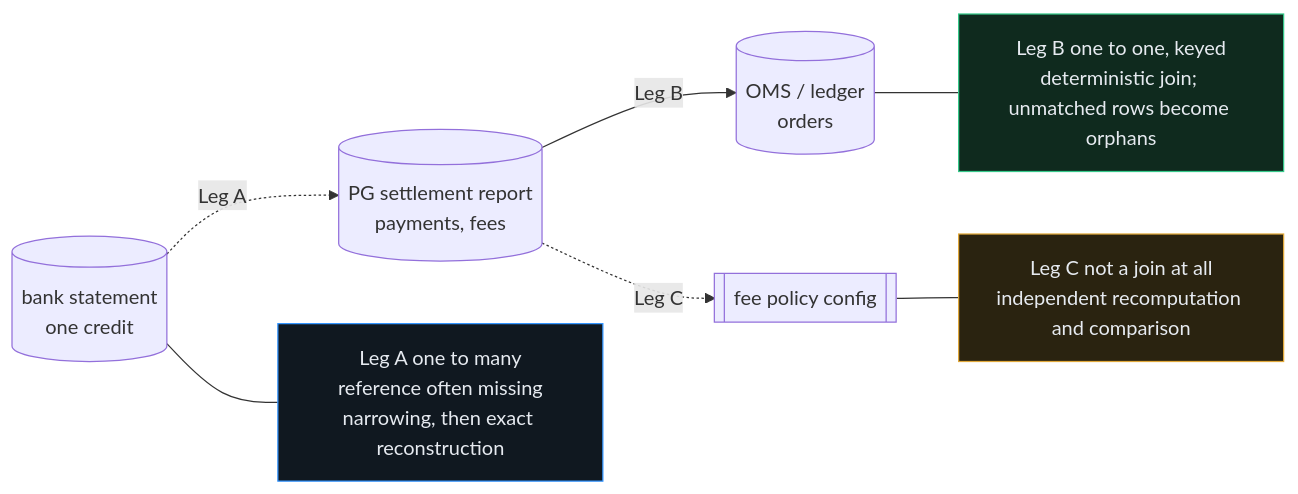
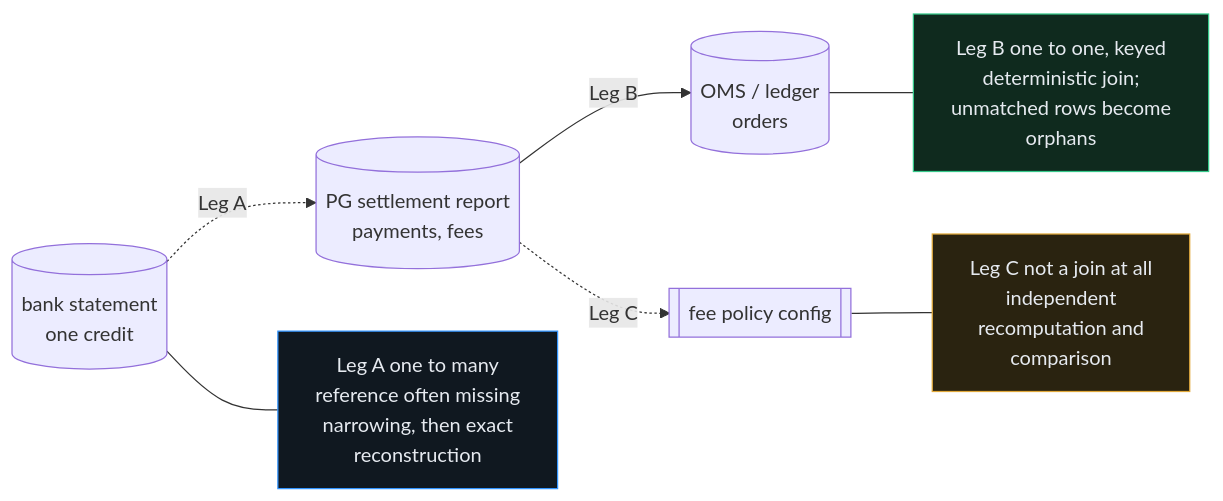
One commit to Rishi0507/Manhattan changed the diagram in docs/diagrams/design-1.mmd. Above: the diagram before and after it, drawn with Mermaid. The commit also changed 8 other files, not shown here.

Commit message:
keep every mermaid label line inside the wrapping width

```diff
--- a/docs/diagrams/design-1.mmd
+++ b/docs/diagrams/design-1.mmd
@@ -1,16 +1,16 @@
 flowchart LR
     BANK[("bank statement<br/>one credit")] -.->|"Leg A"| PG
     PG[("PG settlement report<br/>payments, fees")] -->|"Leg B"| OMS[("OMS / ledger<br/>orders")]
     PG -.->|"Leg C"| POL[["fee policy config"]]
 
-    LA["Leg A one to many<br/>reference often missing<br/>narrowing, then exact reconstruction"]
-    LB["Leg B one to one, keyed<br/>deterministic join; unmatched rows become orphans"]
-    LC["Leg C not a join at all<br/>independent recomputation and comparison"]
+    LA["Leg A one to many<br/>reference often missing<br/>narrowing, then exact<br/>reconstruction"]
+    LB["Leg B one to one, keyed<br/>deterministic join;<br/>unmatched rows become<br/>orphans"]
+    LC["Leg C not a join at all<br/>independent<br/>recomputation and<br/>comparison"]
 
     BANK --- LA
     OMS --- LB
     POL --- LC
 
     style LA fill:#101820,stroke:#3395ff,color:#e6eaf0
     style LB fill:#0f2a1e,stroke:#35c88a,color:#e6eaf0
     style LC fill:#2a2310,stroke:#e0a83a,color:#e6eaf0
```
